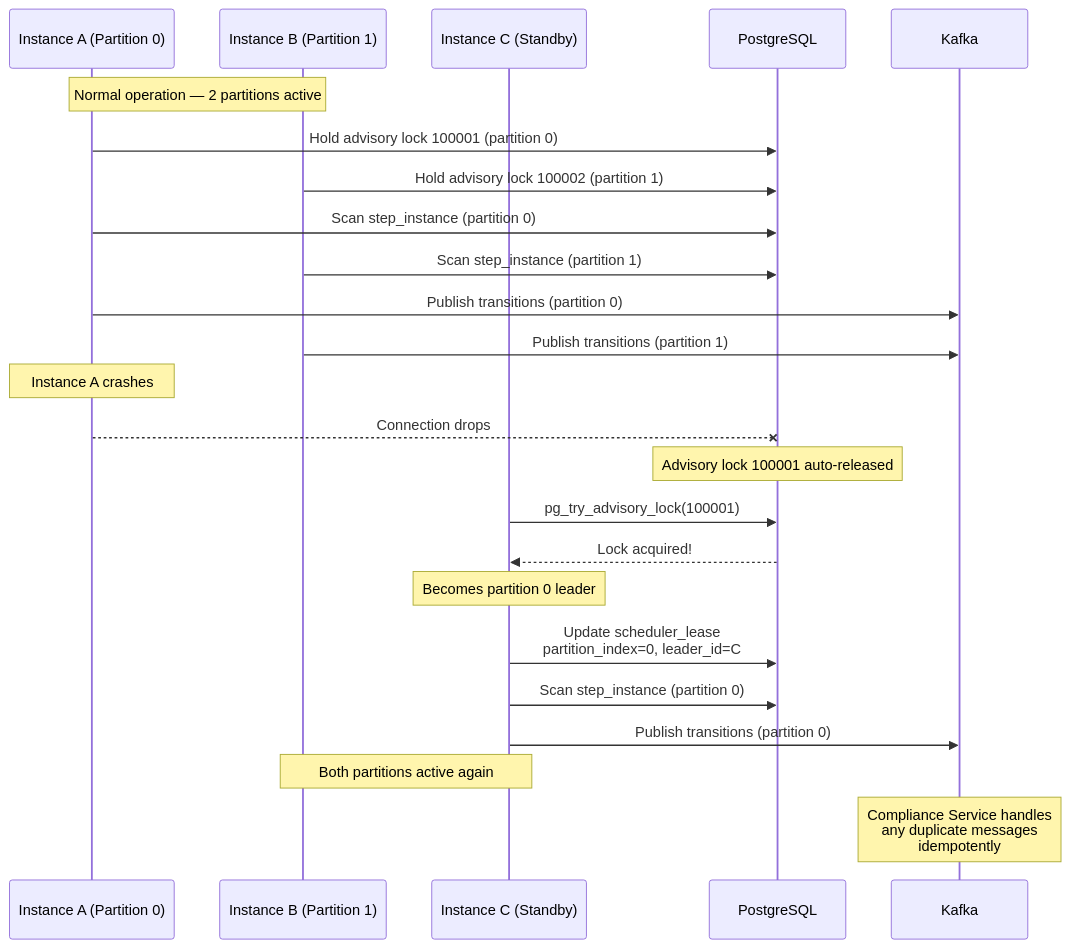
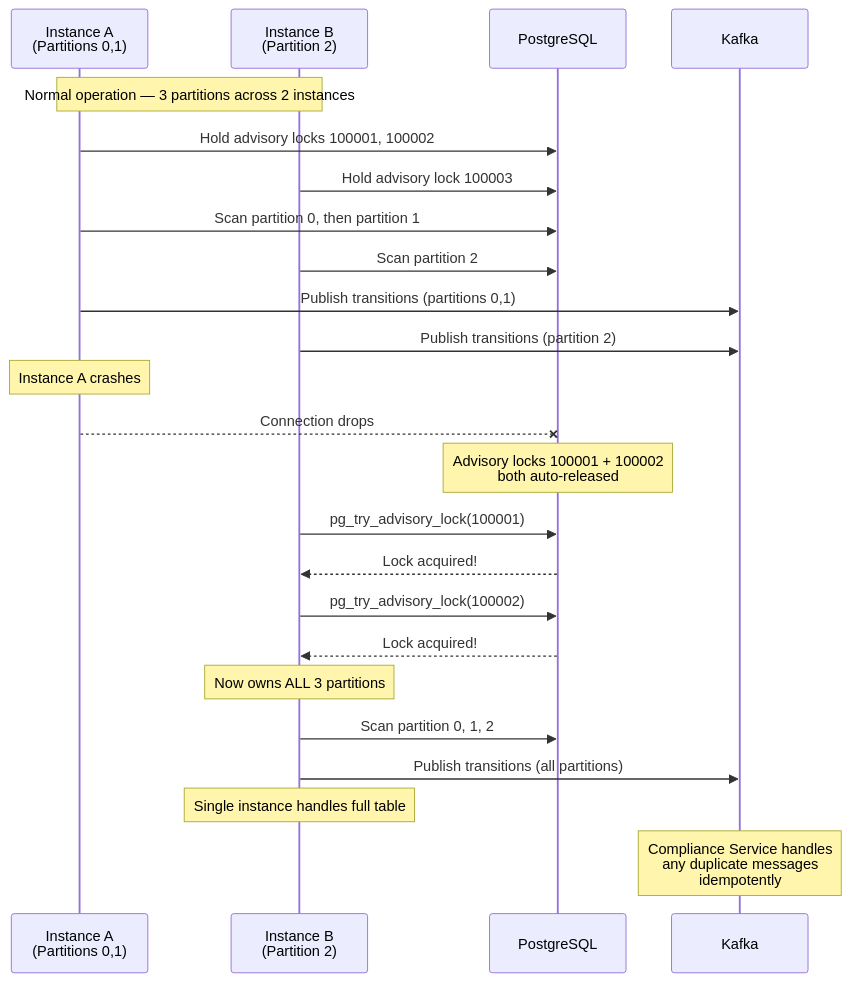
Before and after one commit to Jayaprakash8887/cce-scheduler-service: the fifth of 5 diagrams in docs/flow-diagrams.md, drawn with Mermaid. The commit also changed other lines of this file and 3 other files, not shown here.

````diff
--- a/docs/flow-diagrams.md
+++ b/docs/flow-diagrams.md
@@ -154,31 +157,31 @@
 ```mermaid
 sequenceDiagram
-    participant L1 as Instance A (Partition 0)
-    participant L2 as Instance B (Partition 1)
-    participant L3 as Instance C (Standby)
+    participant L1 as Instance A<br/>(Partitions 0,1)
+    participant L2 as Instance B<br/>(Partition 2)
     participant PG as PostgreSQL
     participant Kafka as Kafka
 
-    Note over L1,L2: Normal operation — 2 partitions active
-    L1->>PG: Hold advisory lock 100001 (partition 0)
-    L2->>PG: Hold advisory lock 100002 (partition 1)
-    L1->>PG: Scan step_instance (partition 0)
-    L2->>PG: Scan step_instance (partition 1)
-    L1->>Kafka: Publish transitions (partition 0)
-    L2->>Kafka: Publish transitions (partition 1)
+    Note over L1,L2: Normal operation — 3 partitions across 2 instances
+    L1->>PG: Hold advisory locks 100001, 100002
+    L2->>PG: Hold advisory lock 100003
+    L1->>PG: Scan partition 0, then partition 1
+    L2->>PG: Scan partition 2
+    L1->>Kafka: Publish transitions (partitions 0,1)
+    L2->>Kafka: Publish transitions (partition 2)
 
     Note over L1: Instance A crashes
     L1--xPG: Connection drops
-    Note over PG: Advisory lock 100001 auto-released
+    Note over PG: Advisory locks 100001 + 100002<br/>both auto-released
 
-    L3->>PG: pg_try_advisory_lock(100001)
-    PG-->>L3: Lock acquired!
-    Note over L3: Becomes partition 0 leader
+    L2->>PG: pg_try_advisory_lock(100001)
+    PG-->>L2: Lock acquired!
+    L2->>PG: pg_try_advisory_lock(100002)
+    PG-->>L2: Lock acquired!
+    Note over L2: Now owns ALL 3 partitions
 
-    L3->>PG: Update scheduler_lease<br/>partition_index=0, leader_id=C
-    L3->>PG: Scan step_instance (partition 0)
-    L3->>Kafka: Publish transitions (partition 0)
+    L2->>PG: Scan partition 0, 1, 2
+    L2->>Kafka: Publish transitions (all partitions)
 
-    Note over L2,L3: Both partitions active again
+    Note over L2: Single instance handles full table
     Note over Kafka: Compliance Service handles<br/>any duplicate messages<br/>idempotently
 ```
````
